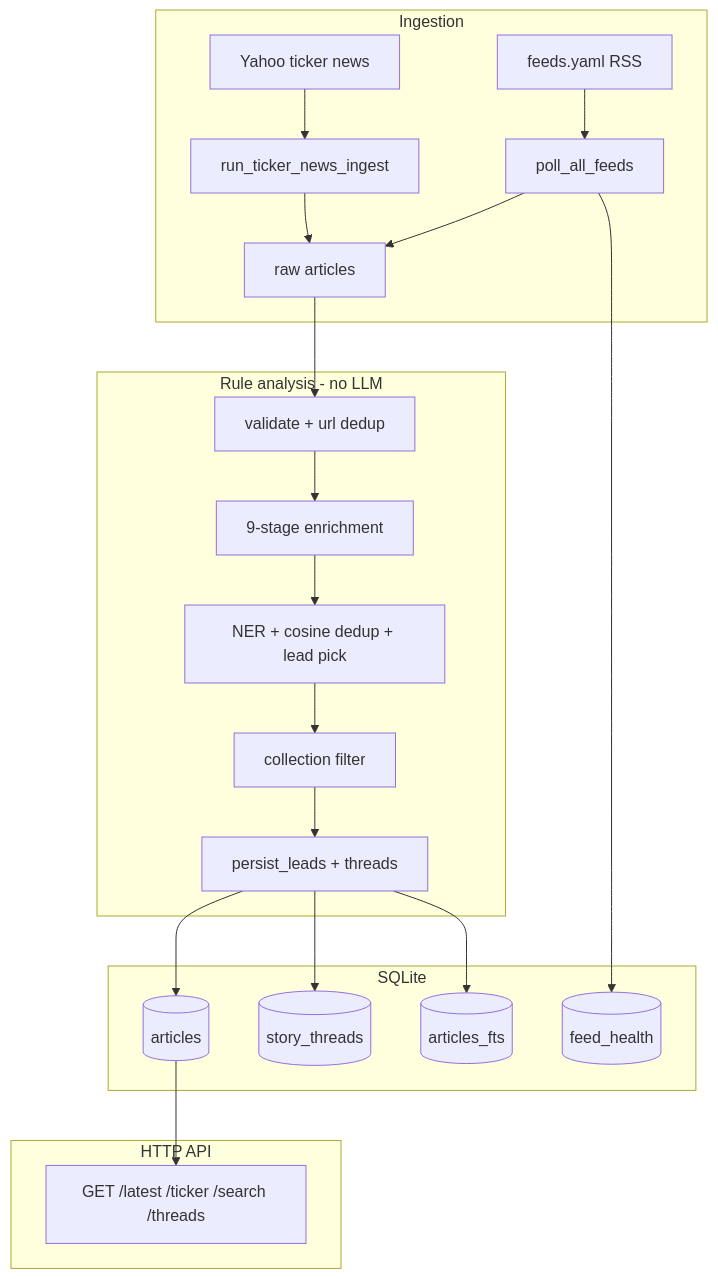
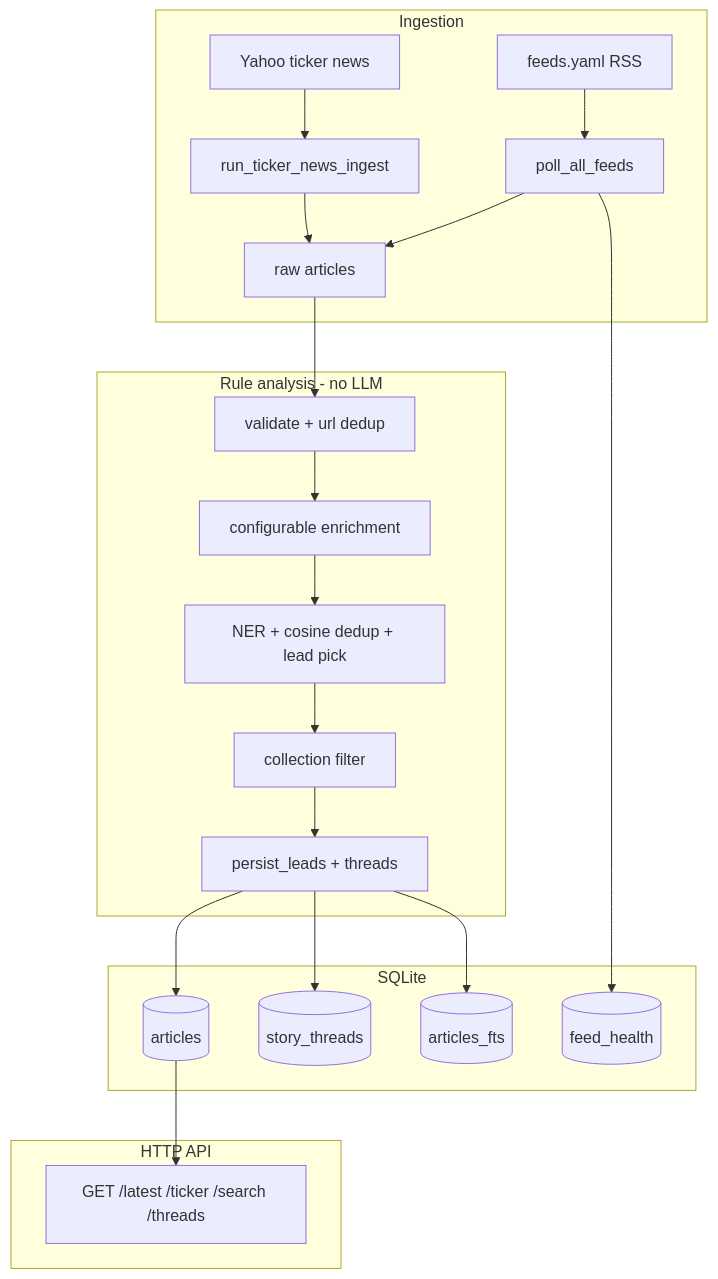
Before and after one commit to vinayakas1997/my-trading-work-3: the first of 4 diagrams in vinu-news/docs/book/ARCHITECTURE.md, drawn with Mermaid. The commit also changed other lines of this file and 123 other files, not shown here.

````diff
--- a/vinu-news/docs/book/ARCHITECTURE.md
+++ b/vinu-news/docs/book/ARCHITECTURE.md
@@ -40,30 +40,30 @@
 ```mermaid
 flowchart TB
   subgraph ingest [Ingestion]
     Feeds[feeds.yaml RSS]
     TickerNews[Yahoo ticker news]
     Feeds --> Poll[poll_all_feeds]
     TickerNews --> TickerIngest[run_ticker_news_ingest]
     Poll --> Raw[raw articles]
     TickerIngest --> Raw
   end
 
   subgraph analysis [Rule analysis - no LLM]
     Raw --> Pre[validate + url dedup]
-    Pre --> Enrich[9-stage enrichment]
+    Pre --> Enrich[configurable enrichment]
     Enrich --> Post[NER + cosine dedup + lead pick]
     Post --> Filter[collection filter]
     Filter --> Persist[persist_leads + threads]
   end
 
   subgraph storage [SQLite]
     Persist --> Articles[(articles)]
     Persist --> Threads[(story_threads)]
     Persist --> FTS[(articles_fts)]
     Poll --> FH[(feed_health)]
   end
 
   subgraph api [HTTP API]
     Articles --> Routes[GET /latest /ticker /search /threads]
   end
 ```
````
